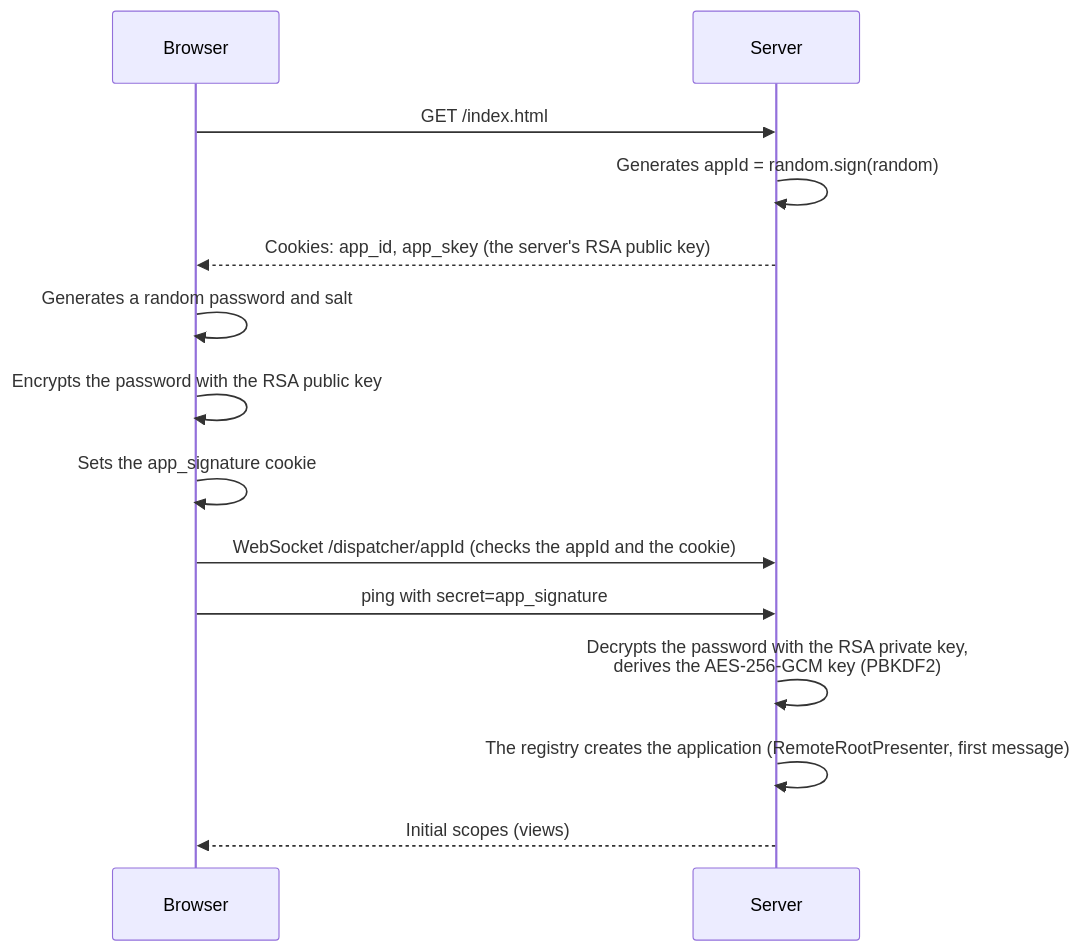
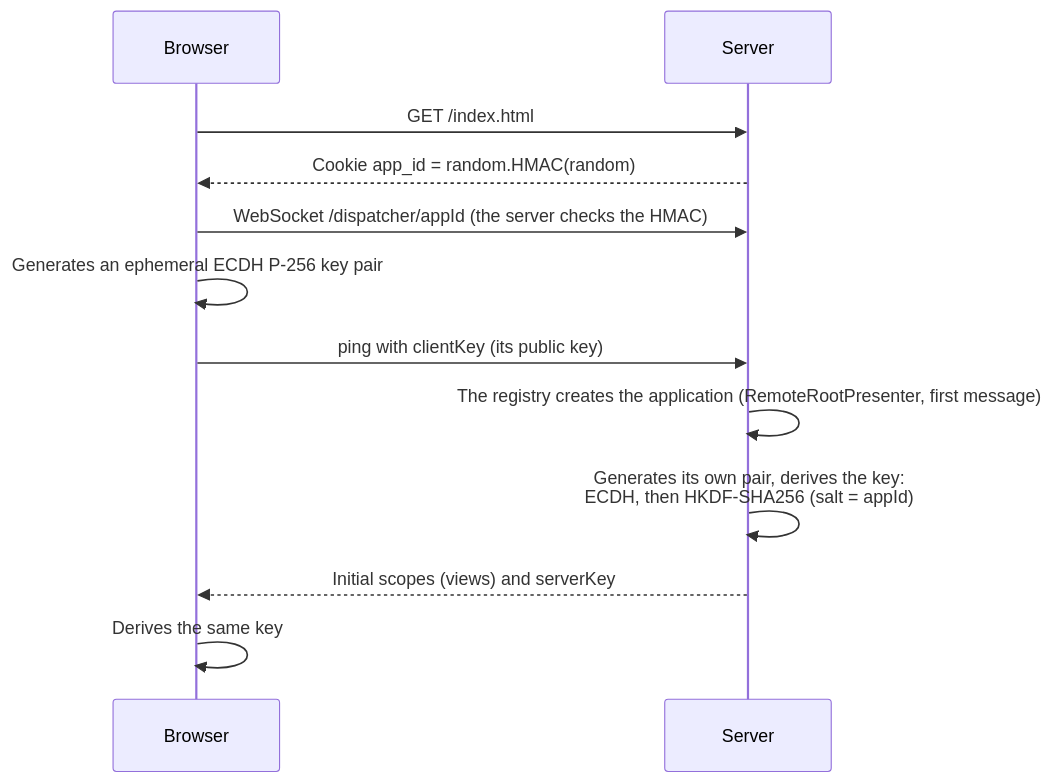
The fifth of 9 diagrams in docs/architecture-react.md (mrcdom/wdc-cube-kotlin), drawn with Mermaid before and after one commit. The commit also changed other lines of this file and 27 other files, not shown here.

````diff
--- a/docs/architecture-react.md
+++ b/docs/architecture-react.md
@@ -179,19 +179,16 @@
 ```mermaid
 sequenceDiagram
     participant Browser as Browser
     participant Server as Server
 
     Browser->>Server: GET /index.html
-    Server->>Server: Generates appId = random.sign(random)
-    Server-->>Browser: Cookies: app_id, app_skey (the server's RSA public key)
+    Server-->>Browser: Cookie app_id = random.HMAC(random)
 
-    Browser->>Browser: Generates a random password and salt
-    Browser->>Browser: Encrypts the password with the RSA public key
-    Browser->>Browser: Sets the app_signature cookie
-
-    Browser->>Server: WebSocket /dispatcher/appId (checks the appId and the cookie)
-    Browser->>Server: ping with secret=app_signature
-    Server->>Server: Decrypts the password with the RSA private key,<br/>derives the AES-256-GCM key (PBKDF2)
+    Browser->>Server: WebSocket /dispatcher/appId (the server checks the HMAC)
+    Browser->>Browser: Generates an ephemeral ECDH P-256 key pair
+    Browser->>Server: ping with clientKey (its public key)
     Server->>Server: The registry creates the application (RemoteRootPresenter, first message)
-    Server-->>Browser: Initial scopes (views)
+    Server->>Server: Generates its own pair, derives the key:<br/>ECDH, then HKDF-SHA256 (salt = appId)
+    Server-->>Browser: Initial scopes (views) and serverKey
+    Browser->>Browser: Derives the same key
 ```
````
